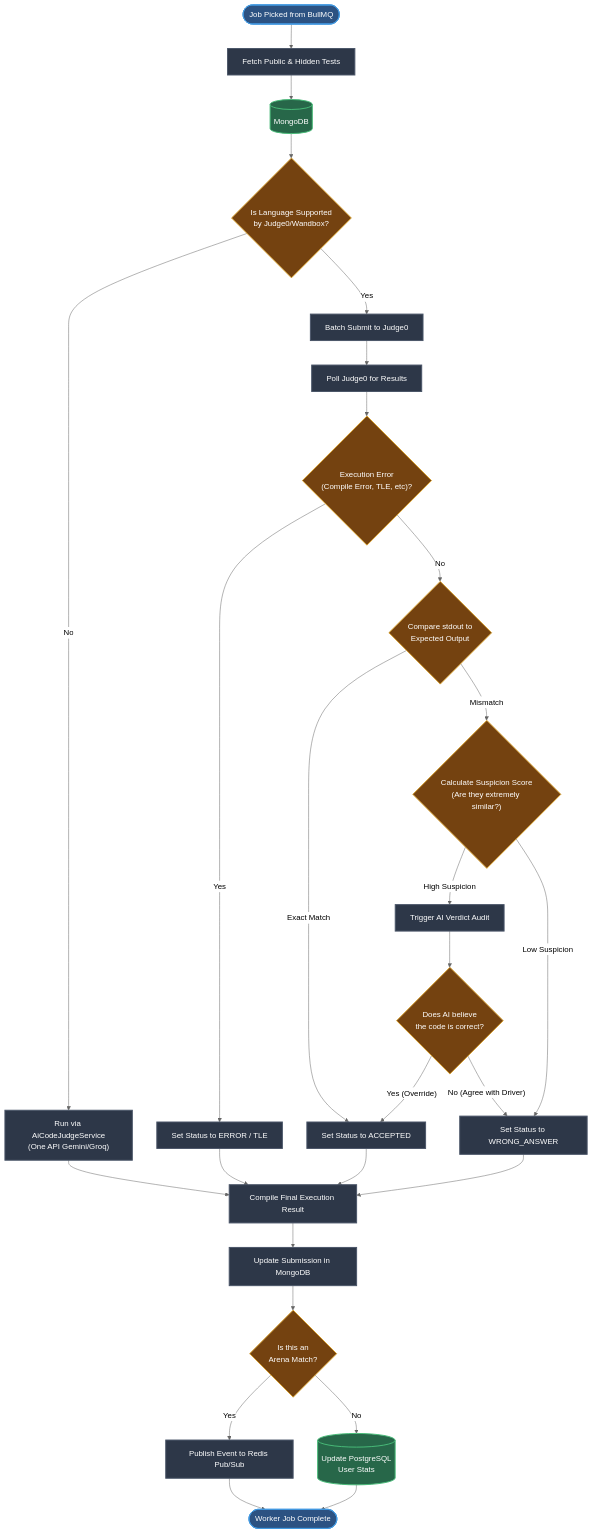
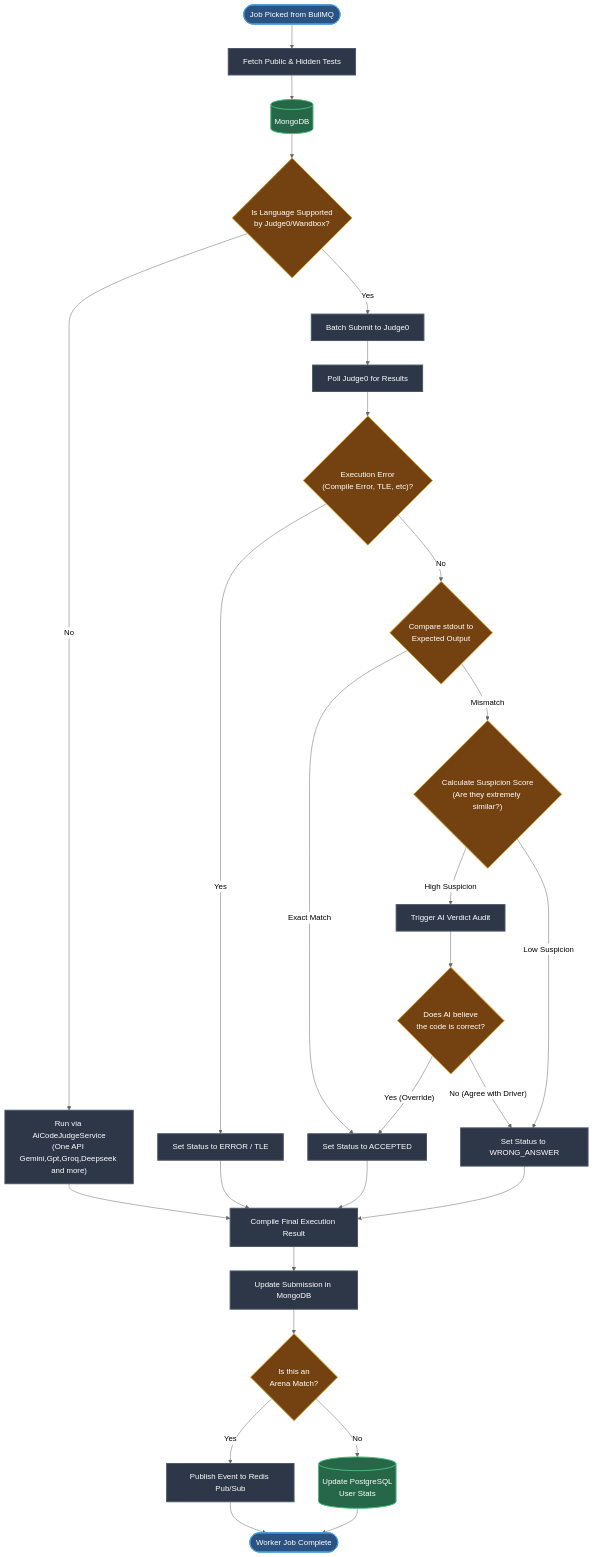
Before and after one commit to phero20/coding_arena: the first of 2 diagrams in activity_diagram.md, drawn with Mermaid (neutral theme). The commit also changed 45 other files, not shown here.

````diff
--- a/activity_diagram.md
+++ b/activity_diagram.md
@@ -13,54 +13,54 @@
 ```mermaid
 flowchart TD
     %% Styling
     classDef startEnd fill:#2c5282,stroke:#4299e1,stroke-width:2px,color:#fff,rx:20px;
     classDef process fill:#2d3748,stroke:#4a5568,stroke-width:2px,color:#fff;
     classDef decision fill:#744210,stroke:#d69e2e,stroke-width:2px,color:#fff;
     classDef db fill:#276749,stroke:#48bb78,stroke-width:2px,color:#fff;
 
     Start(["Job Picked from BullMQ"]):::startEnd --> FetchTests["Fetch Public & Hidden Tests"]:::process
     FetchTests --> FetchMongo[("MongoDB")]:::db
     
     FetchMongo --> LangCheck{"Is Language Supported\nby Judge0/Wandbox?"}:::decision
     
     %% AI Code Judge Path
-    LangCheck -- No --> RunAIJudge["Run via AiCodeJudgeService\n(One API Gemini/Groq)"]:::process
+    LangCheck -- No --> RunAIJudge["Run via AiCodeJudgeService\n(One API Gemini,Gpt,Groq,Deepseek and more)"]:::process
     RunAIJudge --> SaveResult
     
     %% Standard Execution Path
     LangCheck -- Yes --> BatchRun["Batch Submit to Judge0"]:::process
     BatchRun --> Poll["Poll Judge0 for Results"]:::process
     
     Poll --> ExecStatusCheck{"Execution Error\n(Compile Error, TLE, etc)?"}:::decision
     
     ExecStatusCheck -- Yes --> SetError["Set Status to ERROR / TLE"]:::process
     SetError --> SaveResult
     
     ExecStatusCheck -- No --> CheckOutput{"Compare stdout to\nExpected Output"}:::decision
     
     CheckOutput -- Exact Match --> SetAccepted["Set Status to ACCEPTED"]:::process
     SetAccepted --> SaveResult
     
     CheckOutput -- Mismatch --> SuspicionCheck{"Calculate Suspicion Score\n(Are they extremely similar?)"}:::decision
     
     %% AI Audit Trigger
     SuspicionCheck -- High Suspicion --> AIAudit["Trigger AI Verdict Audit"]:::process
     SuspicionCheck -- Low Suspicion --> SetWA["Set Status to WRONG_ANSWER"]:::process
     SetWA --> SaveResult
     
     AIAudit --> AIAgreeCheck{"Does AI believe\nthe code is correct?"}:::decision
     
     AIAgreeCheck -- Yes (Override) --> SetAccepted
     AIAgreeCheck -- No (Agree with Driver) --> SetWA
     
     %% Finalization
     SaveResult["Compile Final Execution Result"]:::process --> UpdateDB["Update Submission in MongoDB"]:::process
     UpdateDB --> ArenaCheck{"Is this an\nArena Match?"}:::decision
     
     %% Parallel Finalization
     ArenaCheck -- Yes --> PubRedis["Publish Event to Redis Pub/Sub"]:::process
     ArenaCheck -- No --> UpdatePG[("Update PostgreSQL\nUser Stats")]:::db
     
     PubRedis --> End(["Worker Job Complete"]):::startEnd
     UpdatePG --> End
 ```
````
